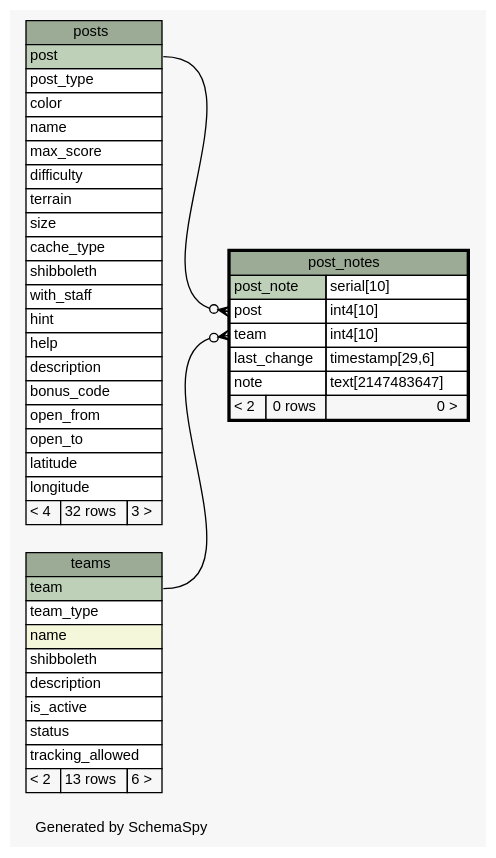
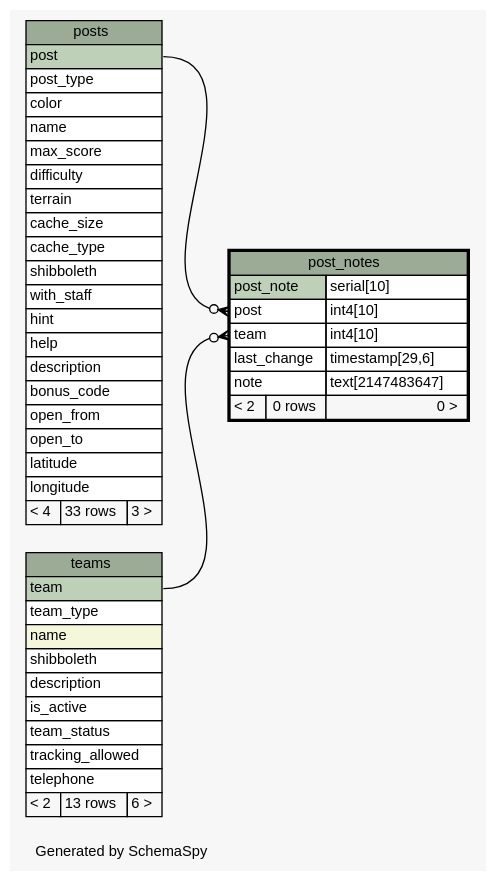
The diagram in Brazda/doc/db/diagrams/post_notes.1degree.dot (xmarwin/brazda), drawn with Graphviz before and after one commit. The commit also changed 100 other files, not shown here.

```diff
--- a/Brazda/doc/db/diagrams/post_notes.1degree.dot
+++ b/Brazda/doc/db/diagrams/post_notes.1degree.dot
@@ -1,83 +1,84 @@
 // dot 2.40.1 on Linux 4.11.5-gentoo
 // SchemaSpy rev 590
 digraph "oneDegreeRelationshipsDiagram" {
   graph [
     rankdir="RL"
     bgcolor="#f7f7f7"
     label="\nGenerated by SchemaSpy"
     labeljust="l"
     nodesep="0.18"
     ranksep="0.46"
     fontname="Helvetica"
     fontsize="11"
   ];
   node [
     fontname="Helvetica"
     fontsize="11"
     shape="plaintext"
   ];
   edge [
     arrowsize="0.8"
   ];
   "post_notes":"post":w -> "posts":"post":e [arrowhead=none dir=back arrowtail=crowodot];
   "post_notes":"team":w -> "teams":"team":e [arrowhead=none dir=back arrowtail=crowodot];
   "post_notes" [
     label=<
     <TABLE BORDER="2" CELLBORDER="1" CELLSPACING="0" BGCOLOR="#ffffff">
       <TR><TD COLSPAN="3" BGCOLOR="#9bab96" ALIGN="CENTER">post_notes</TD></TR>
       <TR><TD PORT="post_note" COLSPAN="2" BGCOLOR="#bed1b8" ALIGN="LEFT">post_note</TD><TD PORT="post_note.type" ALIGN="LEFT">serial[10]</TD></TR>
       <TR><TD PORT="post" COLSPAN="2" ALIGN="LEFT">post</TD><TD PORT="post.type" ALIGN="LEFT">int4[10]</TD></TR>
       <TR><TD PORT="team" COLSPAN="2" ALIGN="LEFT">team</TD><TD PORT="team.type" ALIGN="LEFT">int4[10]</TD></TR>
       <TR><TD PORT="last_change" COLSPAN="2" ALIGN="LEFT">last_change</TD><TD PORT="last_change.type" ALIGN="LEFT">timestamp[29,6]</TD></TR>
       <TR><TD PORT="note" COLSPAN="2" ALIGN="LEFT">note</TD><TD PORT="note.type" ALIGN="LEFT">text[2147483647]</TD></TR>
       <TR><TD ALIGN="LEFT" BGCOLOR="#f7f7f7">&lt; 2</TD><TD ALIGN="RIGHT" BGCOLOR="#f7f7f7">0 rows</TD><TD ALIGN="RIGHT" BGCOLOR="#f7f7f7">0 &gt;</TD></TR>
     </TABLE>>
     URL="post_notes.html"
     tooltip="post_notes"
   ];
   "posts" [
     label=<
     <TABLE BORDER="0" CELLBORDER="1" CELLSPACING="0" BGCOLOR="#ffffff">
       <TR><TD COLSPAN="3" BGCOLOR="#9bab96" ALIGN="CENTER">posts</TD></TR>
       <TR><TD PORT="post" COLSPAN="3" BGCOLOR="#bed1b8" ALIGN="LEFT">post</TD></TR>
       <TR><TD PORT="post_type" COLSPAN="3" ALIGN="LEFT">post_type</TD></TR>
       <TR><TD PORT="color" COLSPAN="3" ALIGN="LEFT">color</TD></TR>
       <TR><TD PORT="name" COLSPAN="3" ALIGN="LEFT">name</TD></TR>
       <TR><TD PORT="max_score" COLSPAN="3" ALIGN="LEFT">max_score</TD></TR>
       <TR><TD PORT="difficulty" COLSPAN="3" ALIGN="LEFT">difficulty</TD></TR>
       <TR><TD PORT="terrain" COLSPAN="3" ALIGN="LEFT">terrain</TD></TR>
-      <TR><TD PORT="size" COLSPAN="3" ALIGN="LEFT">size</TD></TR>
+      <TR><TD PORT="cache_size" COLSPAN="3" ALIGN="LEFT">cache_size</TD></TR>
       <TR><TD PORT="cache_type" COLSPAN="3" ALIGN="LEFT">cache_type</TD></TR>
       <TR><TD PORT="shibboleth" COLSPAN="3" ALIGN="LEFT">shibboleth</TD></TR>
       <TR><TD PORT="with_staff" COLSPAN="3" ALIGN="LEFT">with_staff</TD></TR>
       <TR><TD PORT="hint" COLSPAN="3" ALIGN="LEFT">hint</TD></TR>
       <TR><TD PORT="help" COLSPAN="3" ALIGN="LEFT">help</TD></TR>
       <TR><TD PORT="description" COLSPAN="3" ALIGN="LEFT">description</TD></TR>
       <TR><TD PORT="bonus_code" COLSPAN="3" ALIGN="LEFT">bonus_code</TD></TR>
       <TR><TD PORT="open_from" COLSPAN="3" ALIGN="LEFT">open_from</TD></TR>
       <TR><TD PORT="open_to" COLSPAN="3" ALIGN="LEFT">open_to</TD></TR>
       <TR><TD PORT="latitude" COLSPAN="3" ALIGN="LEFT">latitude</TD></TR>
       <TR><TD PORT="longitude" COLSPAN="3" ALIGN="LEFT">longitude</TD></TR>
-      <TR><TD ALIGN="LEFT" BGCOLOR="#f7f7f7">&lt; 4</TD><TD ALIGN="RIGHT" BGCOLOR="#f7f7f7">32 rows</TD><TD ALIGN="RIGHT" BGCOLOR="#f7f7f7">3 &gt;</TD></TR>
+      <TR><TD ALIGN="LEFT" BGCOLOR="#f7f7f7">&lt; 4</TD><TD ALIGN="RIGHT" BGCOLOR="#f7f7f7">33 rows</TD><TD ALIGN="RIGHT" BGCOLOR="#f7f7f7">3 &gt;</TD></TR>
     </TABLE>>
     URL="posts.html"
     tooltip="posts"
   ];
   "teams" [
     label=<
     <TABLE BORDER="0" CELLBORDER="1" CELLSPACING="0" BGCOLOR="#ffffff">
       <TR><TD COLSPAN="3" BGCOLOR="#9bab96" ALIGN="CENTER">teams</TD></TR>
       <TR><TD PORT="team" COLSPAN="3" BGCOLOR="#bed1b8" ALIGN="LEFT">team</TD></TR>
       <TR><TD PORT="team_type" COLSPAN="3" ALIGN="LEFT">team_type</TD></TR>
       <TR><TD PORT="name" COLSPAN="3" BGCOLOR="#f4f7da" ALIGN="LEFT">name</TD></TR>
       <TR><TD PORT="shibboleth" COLSPAN="3" ALIGN="LEFT">shibboleth</TD></TR>
       <TR><TD PORT="description" COLSPAN="3" ALIGN="LEFT">description</TD></TR>
       <TR><TD PORT="is_active" COLSPAN="3" ALIGN="LEFT">is_active</TD></TR>
-      <TR><TD PORT="status" COLSPAN="3" ALIGN="LEFT">status</TD></TR>
+      <TR><TD PORT="team_status" COLSPAN="3" ALIGN="LEFT">team_status</TD></TR>
       <TR><TD PORT="tracking_allowed" COLSPAN="3" ALIGN="LEFT">tracking_allowed</TD></TR>
+      <TR><TD PORT="telephone" COLSPAN="3" ALIGN="LEFT">telephone</TD></TR>
       <TR><TD ALIGN="LEFT" BGCOLOR="#f7f7f7">&lt; 2</TD><TD ALIGN="RIGHT" BGCOLOR="#f7f7f7">13 rows</TD><TD ALIGN="RIGHT" BGCOLOR="#f7f7f7">6 &gt;</TD></TR>
     </TABLE>>
     URL="teams.html"
     tooltip="teams"
   ];
 }
```
